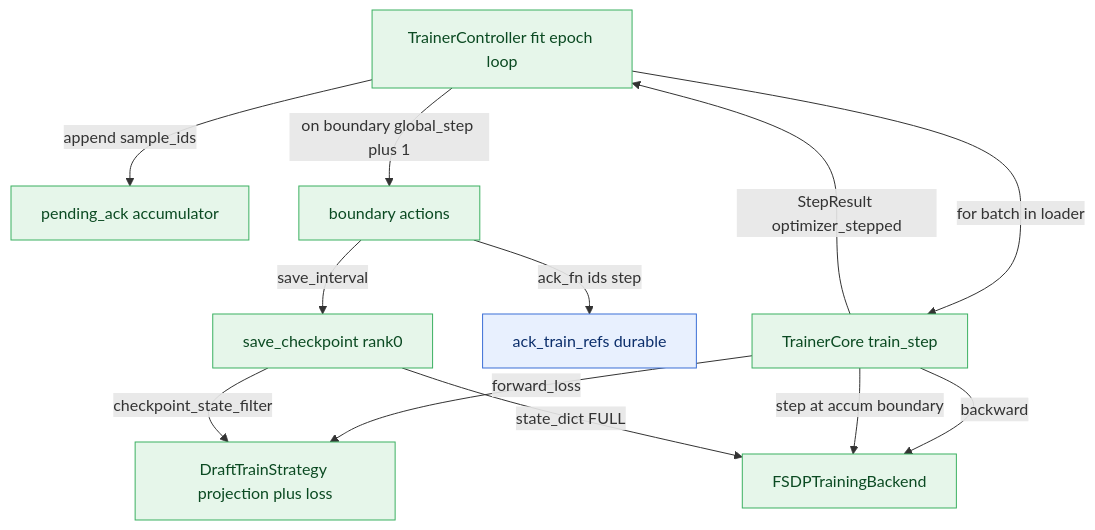
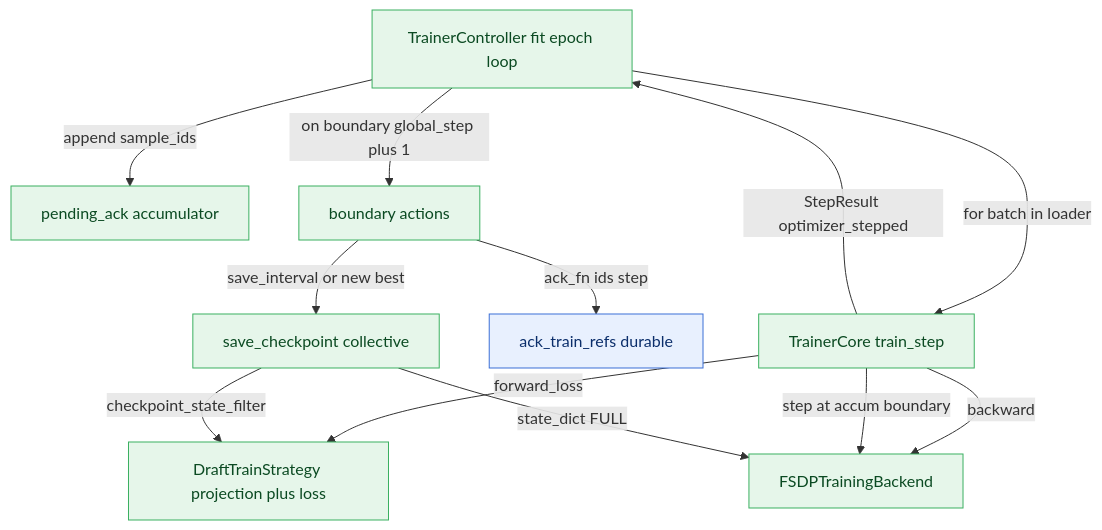
Before and after one commit to sgl-project/SpecForge: the diagram in specforge/runtime/training/DESIGN.md, drawn with Mermaid. The commit also changed other lines of this file and 3 other files, not shown here.

First line of the commit message:
[Phase D 5/5] best-checkpoint tracking in the training loop; docs

````diff
--- a/specforge/runtime/training/DESIGN.md
+++ b/specforge/runtime/training/DESIGN.md
@@ -14,20 +14,20 @@
 ```mermaid
 flowchart TD
   classDef compute fill:#e6f6ea,stroke:#3bb061,color:#0b4a22;
   classDef control fill:#e8f0fe,stroke:#3b6fd6,color:#0b2e6b;
 
   FIT[TrainerController fit epoch loop] -->|for batch in loader| TS[TrainerCore train_step]
   FIT -->|append sample_ids| PA[pending_ack accumulator]
   TS -->|forward_loss| ST[DraftTrainStrategy projection plus loss]
   TS -->|backward| BK[FSDPTrainingBackend]
   TS -->|step at accum boundary| BK
   TS -->|StepResult optimizer_stepped| FIT
   FIT -->|on boundary global_step plus 1| BND[boundary actions]
   BND -->|ack_fn ids step| ACK[ack_train_refs durable]
-  BND -->|save_interval| CKPT[save_checkpoint rank0]
+  BND -->|save_interval or new best| CKPT[save_checkpoint collective]
   CKPT -->|checkpoint_state_filter| ST
   CKPT -->|state_dict FULL| BK
 
   class FIT,TS,ST,BK,BND,PA,CKPT compute;
   class ACK control;
 ```
````
